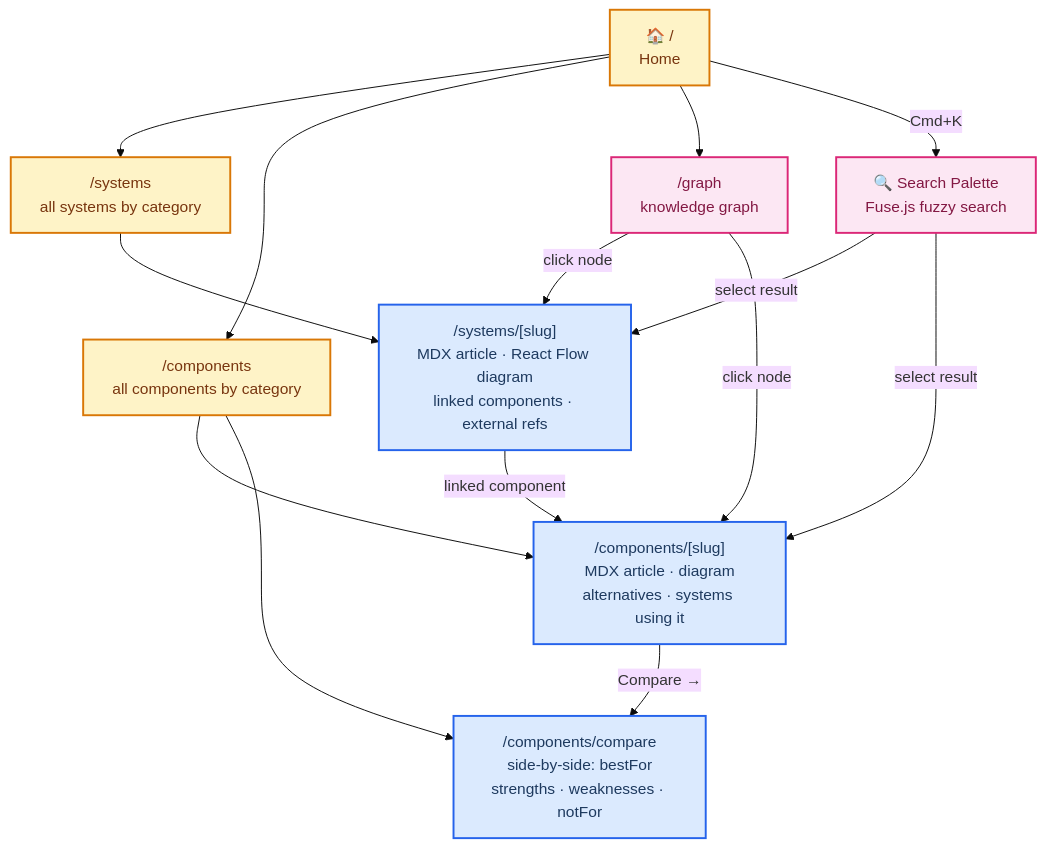
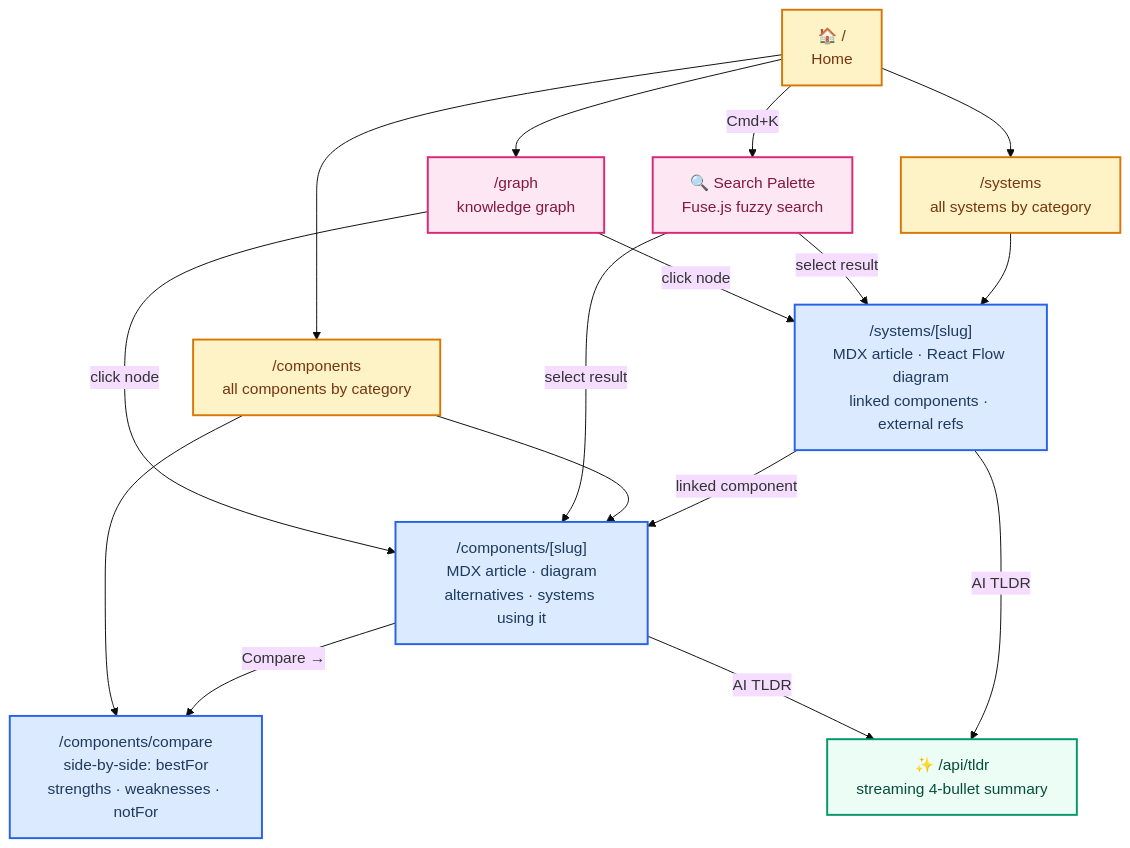
One commit to thatpratik/system-design changed the fourth of 4 diagrams in README.md. Above: the diagram before and after it, drawn with Mermaid (base theme). The commit also changed other lines of this file, not shown here.

Commit message:
Update README to include environment variables and AI TLDR feature details

````diff
--- a/README.md
+++ b/README.md
@@ -238,32 +255,37 @@
 ```mermaid
 flowchart TD
     accTitle: User Navigation Flows
     accDescr: Five main journeys through the platform — browse systems, browse components, compare two components side by side, use Cmd+K search, and explore the force-directed knowledge graph.
 
     home["🏠 /\nHome"]
 
     home --> systems_list["/systems\nall systems by category"]
     home --> components_list["/components\nall components by category"]
     home --> graph_page["/graph\nknowledge graph"]
     home -->|"Cmd+K"| search["🔍 Search Palette\nFuse.js fuzzy search"]
 
     systems_list --> system_detail["/systems/[slug]\nMDX article · React Flow diagram\nlinked components · external refs"]
     system_detail -->|"linked component"| component_detail
 
     components_list --> component_detail["/components/[slug]\nMDX article · diagram\nalternatives · systems using it"]
     component_detail -->|"Compare →"| compare["/components/compare\nside-by-side: bestFor\nstrengths · weaknesses · notFor"]
     components_list --> compare
 
+    system_detail -->|"AI TLDR"| tldr["✨ /api/tldr\nstreaming 4-bullet summary"]
+    component_detail -->|"AI TLDR"| tldr
+
     search -->|"select result"| system_detail
     search -->|"select result"| component_detail
     graph_page -->|"click node"| system_detail
     graph_page -->|"click node"| component_detail
 
     classDef nav fill:#fef3c7,stroke:#d97706,stroke-width:2px,color:#78350f
     classDef content fill:#dbeafe,stroke:#2563eb,stroke-width:2px,color:#1e3a5f
     classDef feature fill:#fce7f3,stroke:#db2777,stroke-width:2px,color:#831843
+    classDef ai fill:#ecfdf5,stroke:#059669,stroke-width:2px,color:#064e3b
 
     class home,systems_list,components_list nav
     class system_detail,component_detail,compare content
     class search,graph_page feature
+    class tldr ai
 ```
````
